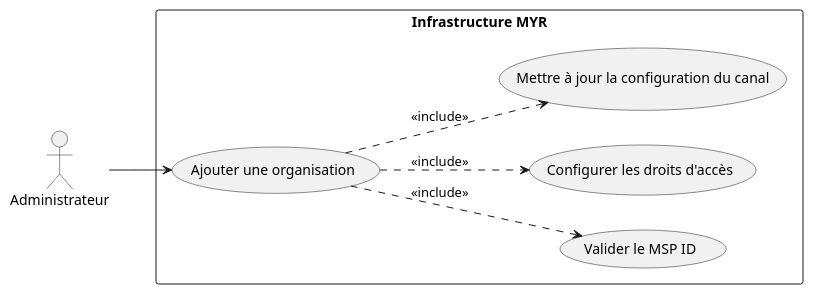
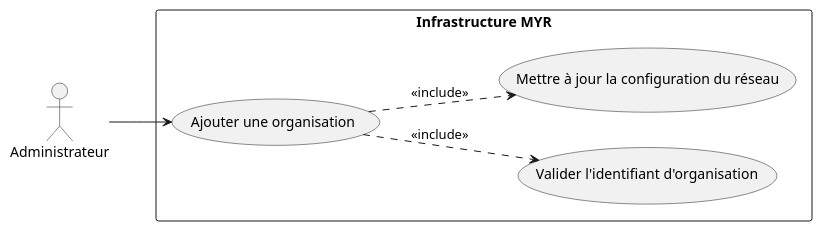
Before and after one commit to olivaux/myr: the first of 2 diagrams in specs/2-Analyse/UCADM-Administration/UCADM01.md, drawn with PlantUML. The commit also changed other lines of this file and 12 other files, not shown here.

````diff
--- a/specs/2-Analyse/UCADM-Administration/UCADM01.md
+++ b/specs/2-Analyse/UCADM-Administration/UCADM01.md
@@ -14,20 +14,18 @@
 ```plantuml
 @startuml
 left to right direction
 
 actor "Administrateur" as ADM
 
 rectangle "Infrastructure MYR" {
     usecase "Ajouter une organisation" as UC1
-    usecase "Valider le MSP ID" as UC2
-    usecase "Configurer les droits d'accès" as UC3
-    usecase "Mettre à jour la configuration du canal" as UC4
+    usecase "Valider l'identifiant d'organisation" as UC2
+    usecase "Mettre à jour la configuration du réseau" as UC3
 }
 
 ADM --> UC1
 UC1 ..> UC2 : <<include>>
 UC1 ..> UC3 : <<include>>
-UC1 ..> UC4 : <<include>>
 
 @enduml
 ```
````
